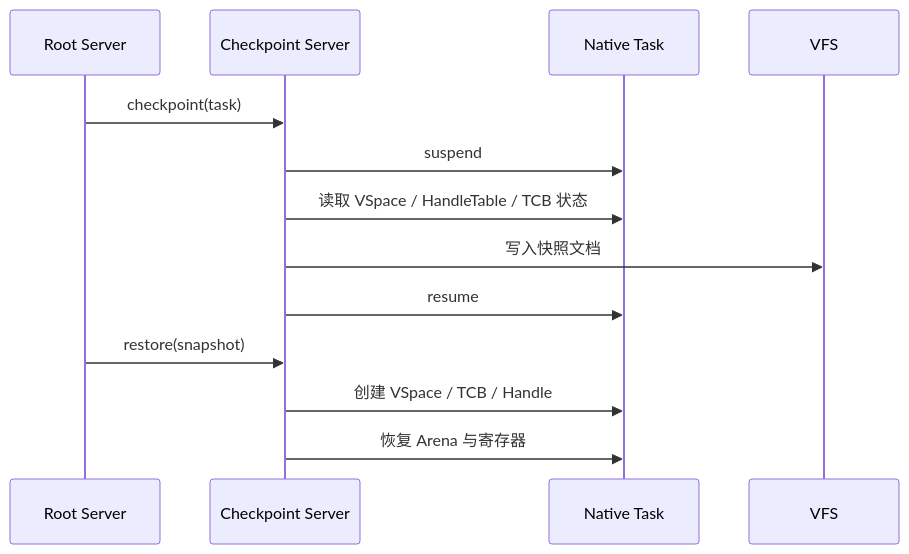
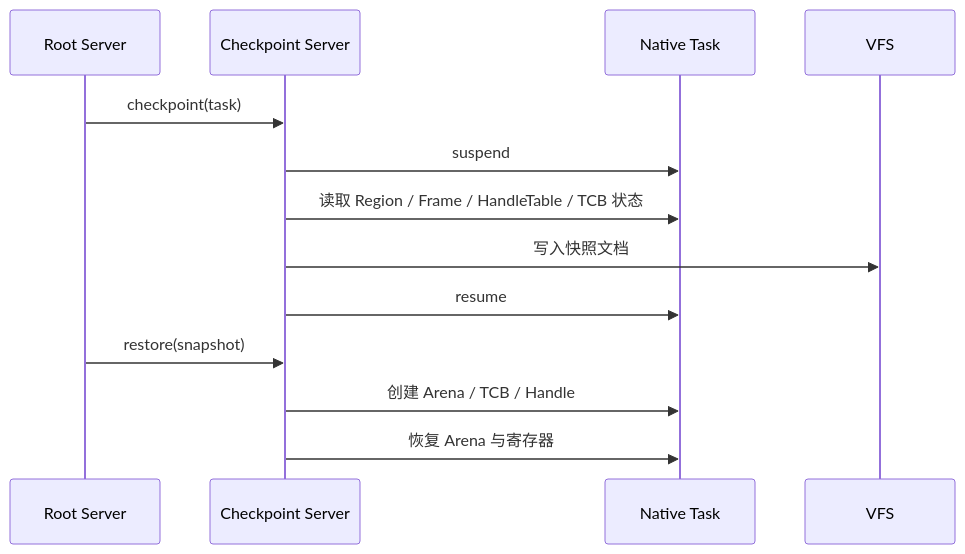
The second of 2 diagrams in docs/experience.md (hongweifei/HolyKernel), drawn with Mermaid before and after one commit. The commit also changed other lines of this file and 35 other files, not shown here.

````diff
--- a/docs/experience.md
+++ b/docs/experience.md
@@ -134,15 +136,15 @@
 ```mermaid
 sequenceDiagram
     participant Root as Root Server
     participant CP as Checkpoint Server
     participant Task as Native Task
     participant VFS as VFS
     Root->>CP: checkpoint(task)
     CP->>Task: suspend
-    CP->>Task: 读取 VSpace / HandleTable / TCB 状态
+    CP->>Task: 读取 Region / Frame / HandleTable / TCB 状态
     CP->>VFS: 写入快照文档
     CP->>Task: resume
     Root->>CP: restore(snapshot)
-    CP->>Task: 创建 VSpace / TCB / Handle
+    CP->>Task: 创建 Arena / TCB / Handle
     CP->>Task: 恢复 Arena 与寄存器
 ```
````
